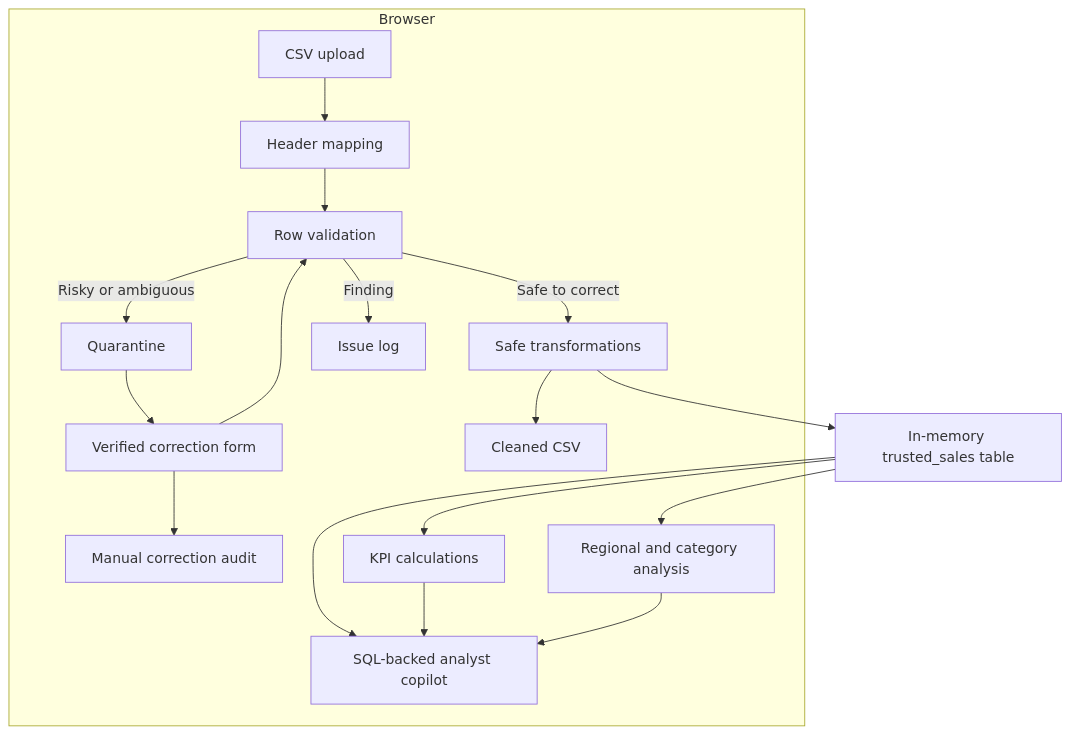
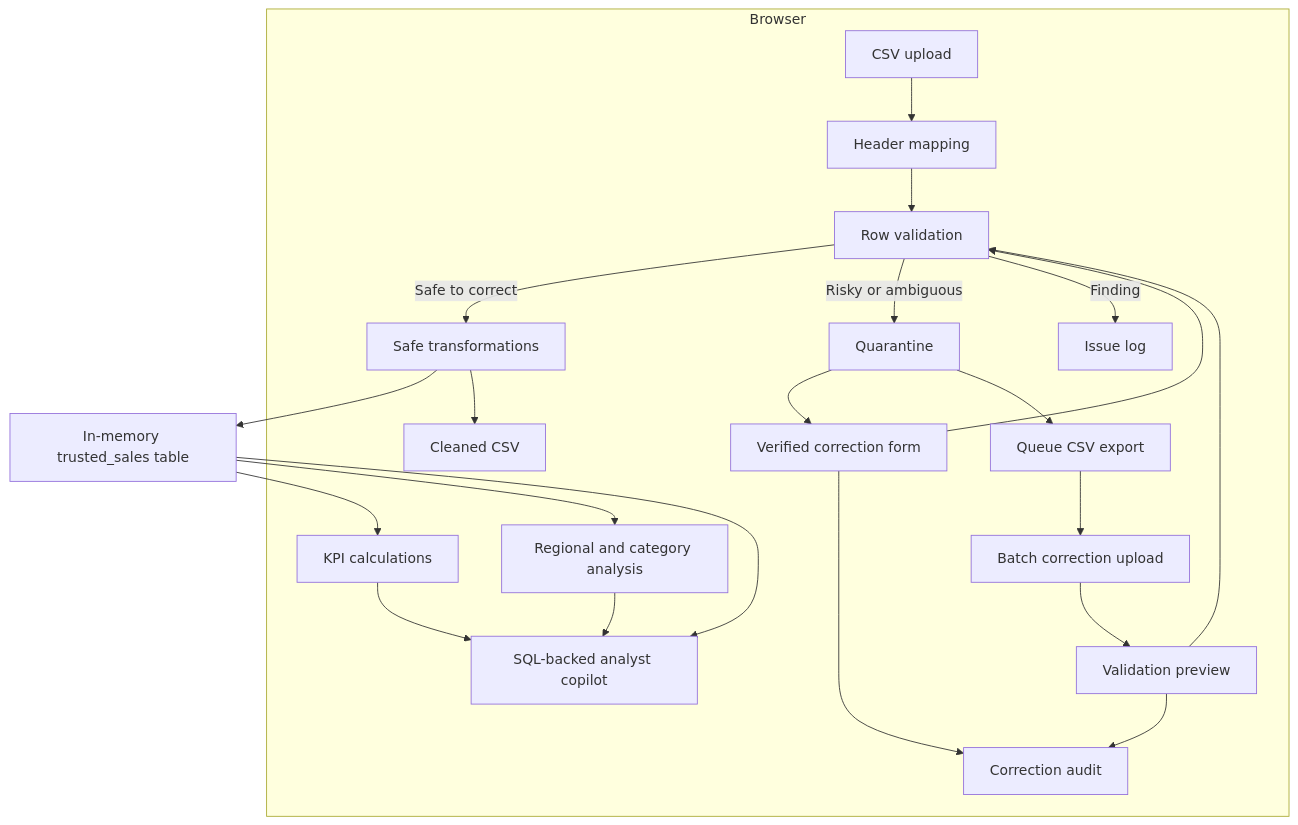
Before and after one commit to krishnamvwala/pulseops-forward-deployed-analytics: the diagram in docs/PROJECT_REPORT.md, drawn with Mermaid. The commit also changed other lines of this file and 6 other files, not shown here.

````diff
--- a/docs/PROJECT_REPORT.md
+++ b/docs/PROJECT_REPORT.md
@@ -44,31 +46,36 @@
 ```mermaid
 flowchart TB
     subgraph Browser
         A[CSV upload]
         B[Header mapping]
         C[Row validation]
         D[Safe transformations]
         I[Quarantine]
         L[Verified correction form]
-        M[Manual correction audit]
+        M[Correction audit]
+        N[Queue CSV export]
+        O[Batch correction upload]
+        P[Validation preview]
         J[Cleaned CSV]
         E[KPI calculations]
         F[Regional and category analysis]
         G[SQL-backed analyst copilot]
         H[Issue log]
     end
 
     A --> B --> C
     C -->|Safe to correct| D
     C -->|Risky or ambiguous| I
     I --> L --> C
     L --> M
+    I --> N --> O --> P --> C
+    P --> M
     C -->|Finding| H
     D --> K[In-memory trusted_sales table]
     K --> E
     K --> F
     K --> G
     D --> J
     E --> G
     F --> G
 ```
````
